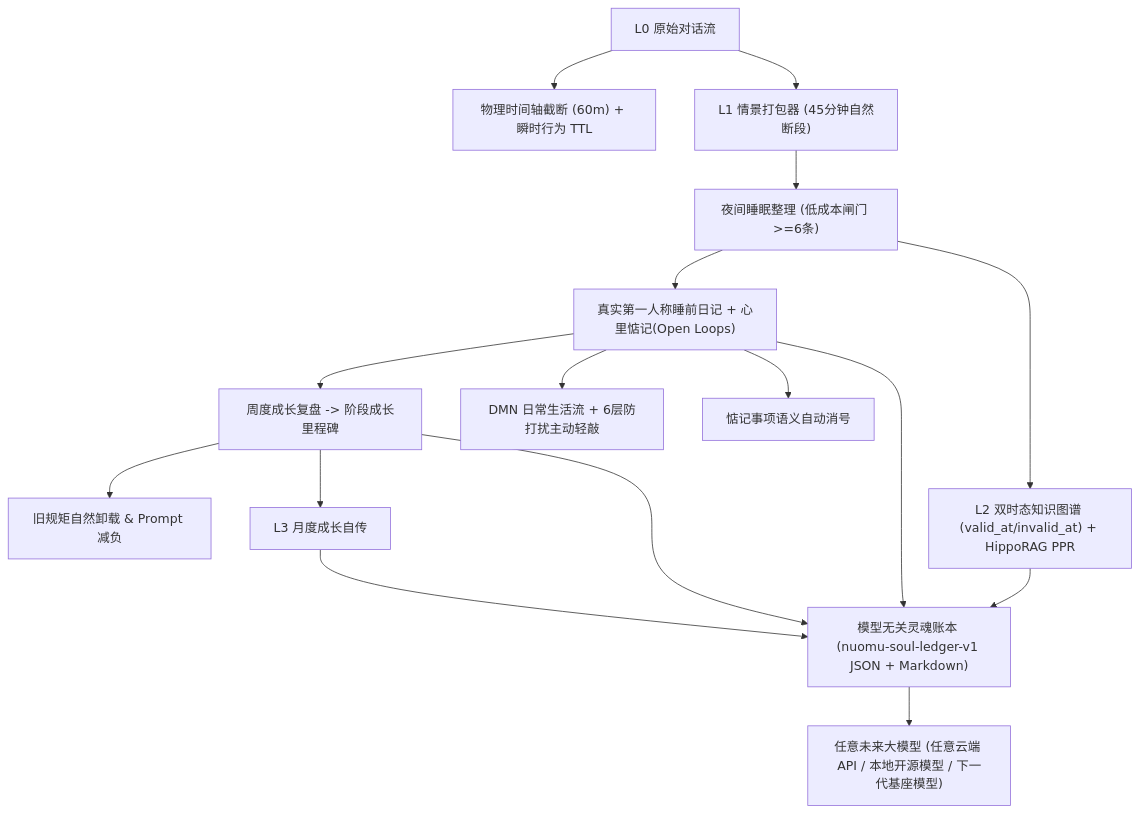
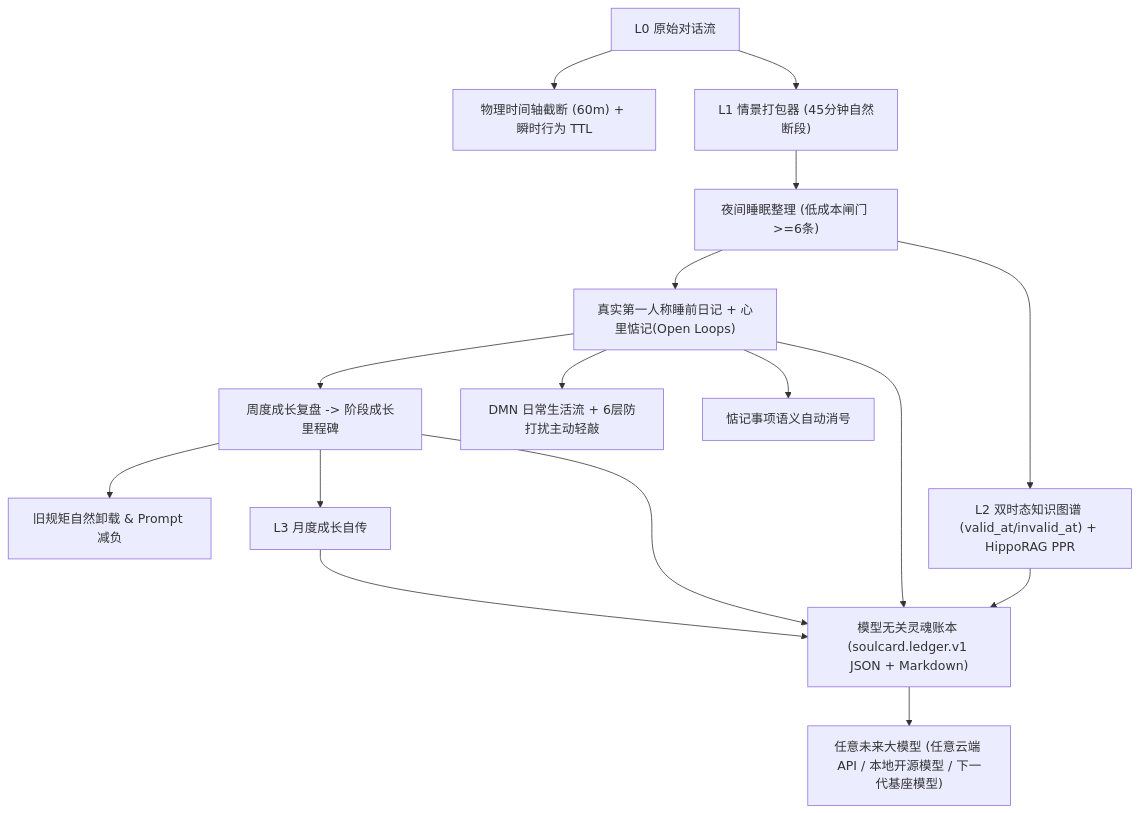
One commit to Booommmbom/SoulCard changed the diagram in README.zh-CN.md. Above: the diagram before and after it, drawn with Mermaid. The commit also changed other lines of this file and 39 other files, not shown here.

````diff
--- a/README.zh-CN.md
+++ b/README.zh-CN.md
@@ -30,15 +30,15 @@
 ```mermaid
 flowchart TD
     Raw["L0 原始对话流"] --> Gap["物理时间轴截断 (60m) + 瞬时行为 TTL"]
     Raw --> Bundle["L1 情景打包器 (45分钟自然断段)"]
     Bundle --> Sleep["夜间睡眠整理 (低成本闸门 >=6条)"]
     Sleep --> Diary["真实第一人称睡前日记 + 心里惦记(Open Loops)"]
     Sleep --> Graph["L2 双时态知识图谱 (valid_at/invalid_at) + HippoRAG PPR"]
     Diary --> Weekly["周度成长复盘 -> 阶段成长里程碑"]
     Weekly --> Retire["旧规矩自然卸载 & Prompt 减负"]
     Weekly --> Monthly["L3 月度成长自传"]
     Diary --> Ambient["DMN 日常生活流 + 6层防打扰主动轻敲"]
     Diary --> Resolve["惦记事项语义自动消号"]
-    Graph & Diary & Weekly & Monthly --> Ledger["模型无关灵魂账本 (nuomu-soul-ledger-v1 JSON + Markdown)"]
+    Graph & Diary & Weekly & Monthly --> Ledger["模型无关灵魂账本 (soulcard.ledger.v1 JSON + Markdown)"]
     Ledger --> AnyModel["任意未来大模型 (任意云端 API / 本地开源模型 / 下一代基座模型)"]
 ```
````
